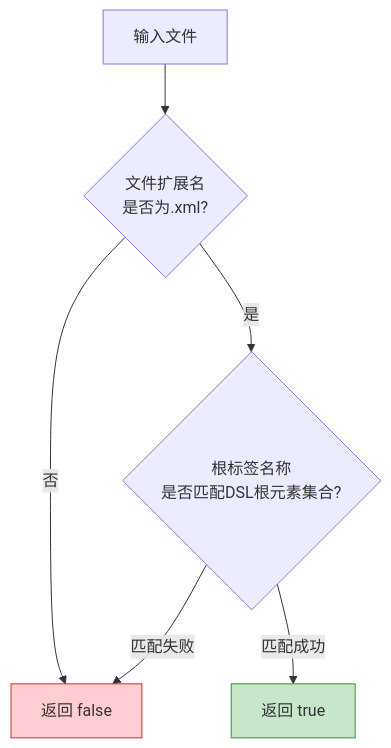
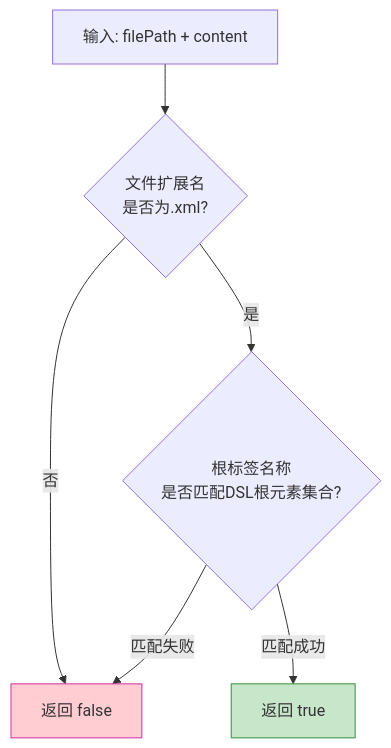
Before and after one commit to araragi-koyomin/theme-engine-dsl-static-analyzer: the diagram in docs/architecture/M1-FileIdentification.md, drawn with Mermaid. The commit also changed other lines of this file, not shown here.

````diff
--- a/docs/architecture/M1-FileIdentification.md
+++ b/docs/architecture/M1-FileIdentification.md
@@ -35,11 +46,11 @@
 ```mermaid
 flowchart TD
-    Input[输入文件] --> ExtCheck{文件扩展名<br/>是否为.xml?}
+    Input[输入: filePath + content] --> ExtCheck{文件扩展名<br/>是否为.xml?}
     ExtCheck -->|否| False[返回 false]
     ExtCheck -->|是| RootCheck{根标签名称<br/>是否匹配DSL根元素集合?}
     RootCheck -->|匹配成功| True[返回 true]
     RootCheck -->|匹配失败| False
 
     style True fill:#c8e6c9,stroke:#388e3c
-    style False fill:#ffcdd2,stroke:#d32f2f
+    style False fill:#ffcdd2,stroke:#d32f9f
 ```
````
